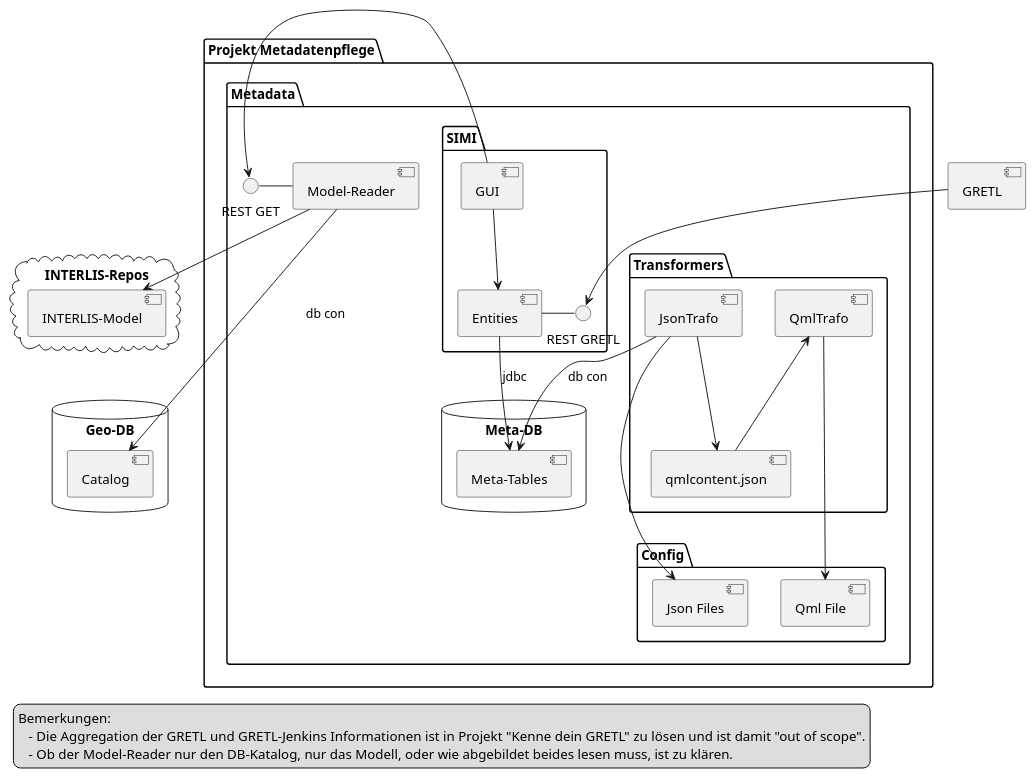
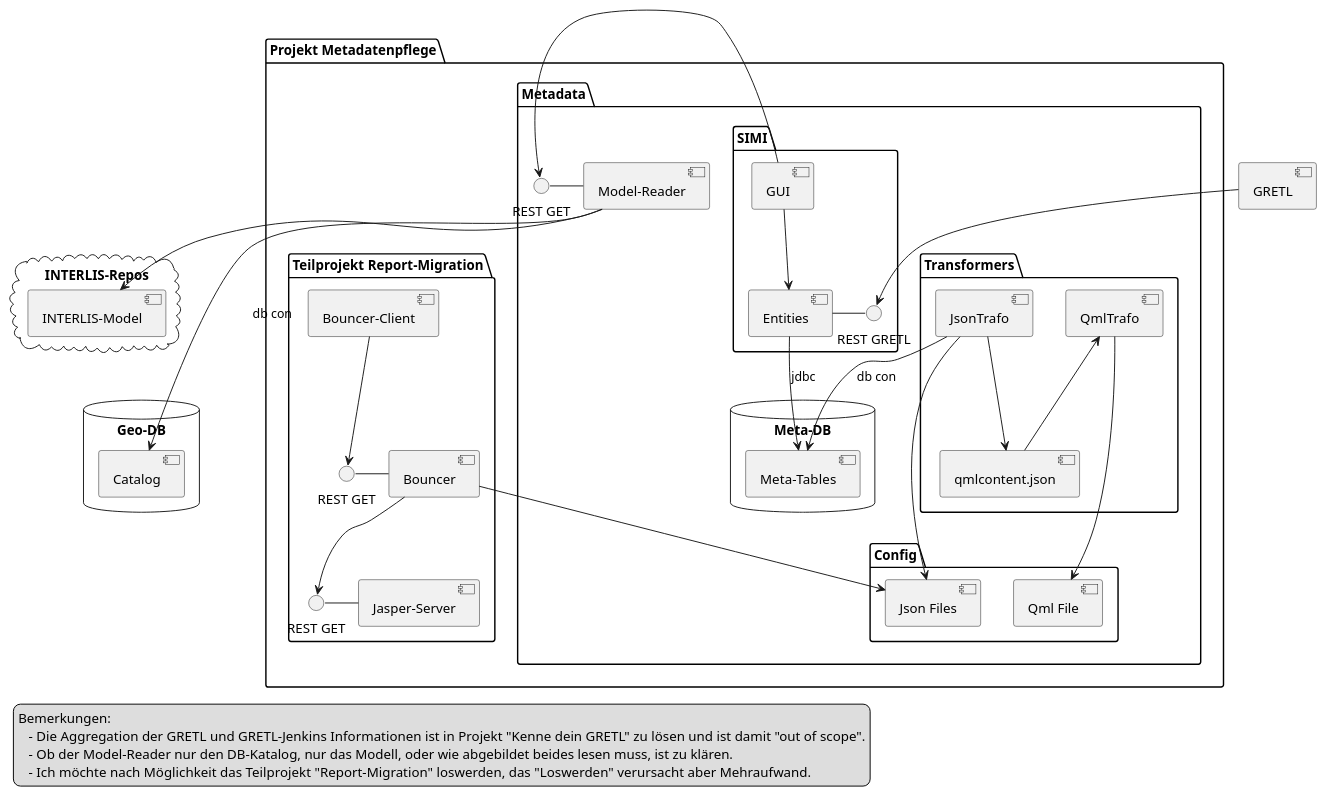
One commit to ojeker/simi changed the diagram in puml/src/components.puml. Above: the diagram before and after it, drawn with PlantUML. The commit also changed 1 other file, not shown here.

Commit message:
Added TP Repor-Migration

```diff
--- a/puml/src/components.puml
+++ b/puml/src/components.puml
@@ -1,67 +1,84 @@
 @startuml
 package "Projekt Metadatenpflege" {
     package "Metadata" {
         package "Transformers" {
             [JsonTrafo] as jt
             [QmlTrafo] as qt
             [qmlcontent.json] as qj
 
             jt --> qj
             qj -up-> qt
         }
 
         package "Config" {
             [Json Files] as json
             [Qml File] as qml
         }
 
         package "SIMI" {
             [GUI] as gui
             [Entities] as class
             () "REST GRETL" as gi
 
             gui --> class
             gi - class
         }
 
         database "Meta-DB" {
             [Meta-Tables] as mdb
         }
 
 		together {
           [Model-Reader] as mr
           () "REST GET" as mri
           mr - mri
         }
         gui -left-> mri
 
         class --> mdb : jdbc
         jt --> mdb : db con
 
         jt --> json
         qt --> qml
     }
+
+    package "Teilprojekt Report-Migration"{
+        [Bouncer-Client] as client
+
+        [Bouncer] as bouncer
+        () "REST GET" as bi
+        bi - bouncer
+
+        [Jasper-Server] as jasper
+        () "REST GET" as ji
+        ji - jasper
+
+        client --> bi
+        bouncer --> json
+        bouncer --> ji
+    }
 }
 
 cloud "INTERLIS-Repos" {
     [INTERLIS-Model] as model
 }
 mr --> model
 
 database "Geo-DB" {
     [Catalog] as cat
 }
 mr --> cat : db con
 
 [GRETL] as gretl
 gretl --> gi
 
 qj -[hidden]-> json
 model -[hidden]-> cat
 
 legend left
 	Bemerkungen:
     - Die Aggregation der GRETL und GRETL-Jenkins Informationen ist in Projekt "Kenne dein GRETL" zu lösen und ist damit "out of scope".
     - Ob der Model-Reader nur den DB-Katalog, nur das Modell, oder wie abgebildet beides lesen muss, ist zu klären.
+    - Ich möchte nach Möglichkeit das Teilprojekt "Report-Migration" loswerden, das "Loswerden" verursacht aber Mehraufwand.
 endlegend
 @enduml
```
